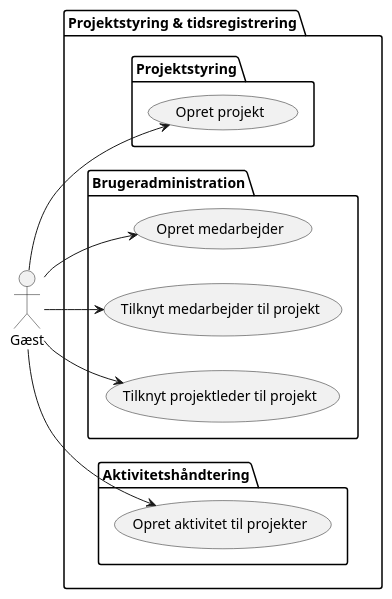
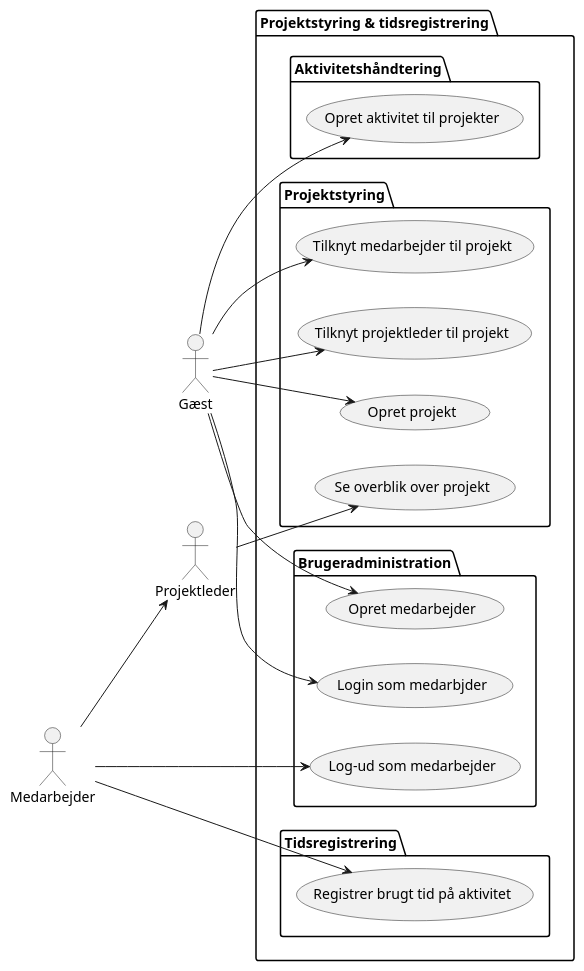
One commit to rwiuff/02161ExamProject changed the diagram in diagrams/usecase/usecase_guest.puml. Above: the diagram before and after it, drawn with PlantUML.

Commit message:
usecase update

```diff
--- a/diagrams/usecase/usecase_guest.puml
+++ b/diagrams/usecase/usecase_guest.puml
@@ -1,31 +1,50 @@
 @startuml 
 
 left to right direction
 
 actor "Gæst" as guest
+actor "Medarbejder" as worker 
+actor "Projektleder" as leader
+
 
 package "Projektstyring & tidsregistrering" {
 
     package "Projektstyring" {
         usecase "Opret projekt" as create_project
+        usecase "Tilknyt medarbejder til projekt" as assign_project_user
+        usecase "Tilknyt projektleder til projekt" as assign_project_leader
+        usecase "Se overblik over projekt" as view_project_overview
     }
     
     package "Brugeradministration" {
         usecase "Opret medarbejder" as create_worker
-        usecase "Tilknyt medarbejder til projekt" as assign_project_user
-        usecase "Tilknyt projektleder til projekt" as assign_project_leader
+        usecase "Login som medarbjder" as login
+        usecase "Log-ud som medarbejder" as logout
     }
 
     package "Aktivitetshåndtering" {
         usecase "Opret aktivitet til projekter" as create_project_activity
+    }
+
+    package "Tidsregistrering" {
+        usecase "Registrer brugt tid på aktivitet" as register_activity_time
+
     }
     
 }
 
 guest --> create_project
 guest --> create_project_activity
 guest --> assign_project_user
 guest --> assign_project_leader
 guest --> create_worker
+guest --> login
+
+worker --> register_activity_time
+worker --> logout
+
+leader --> view_project_overview 
+
+worker --> leader
 
 @enduml
```
